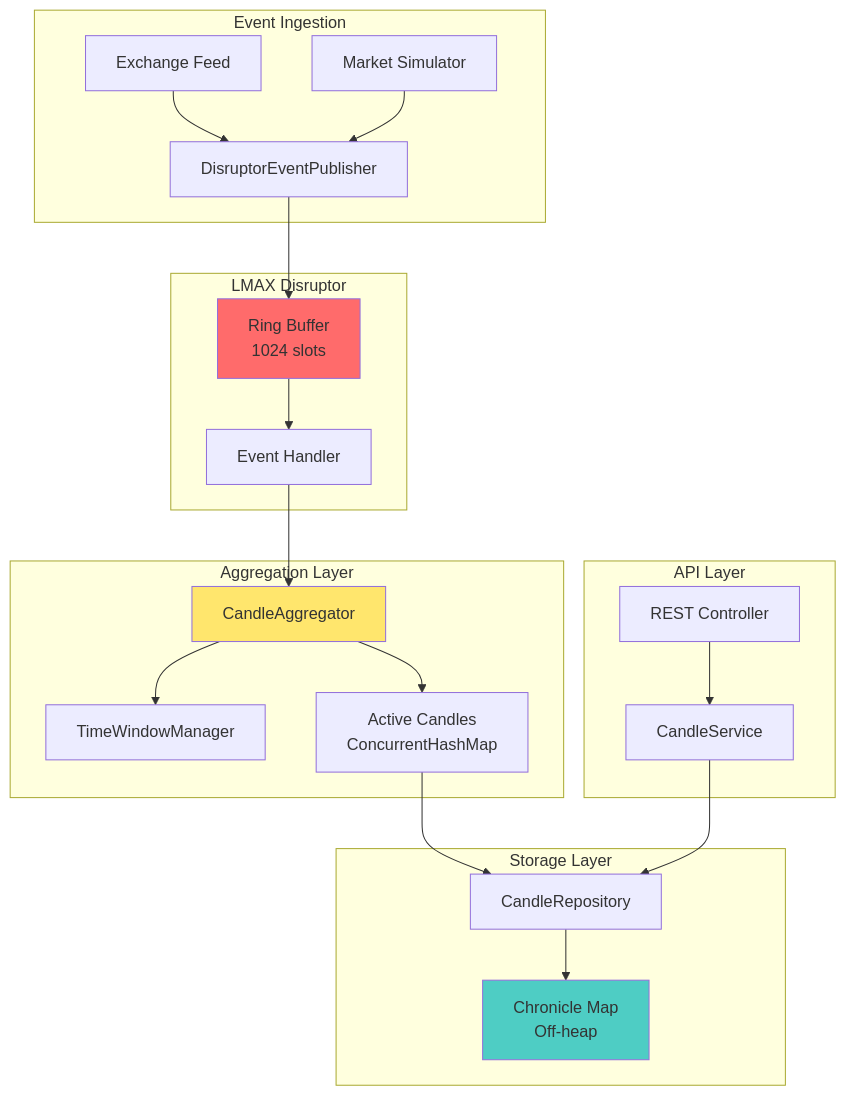
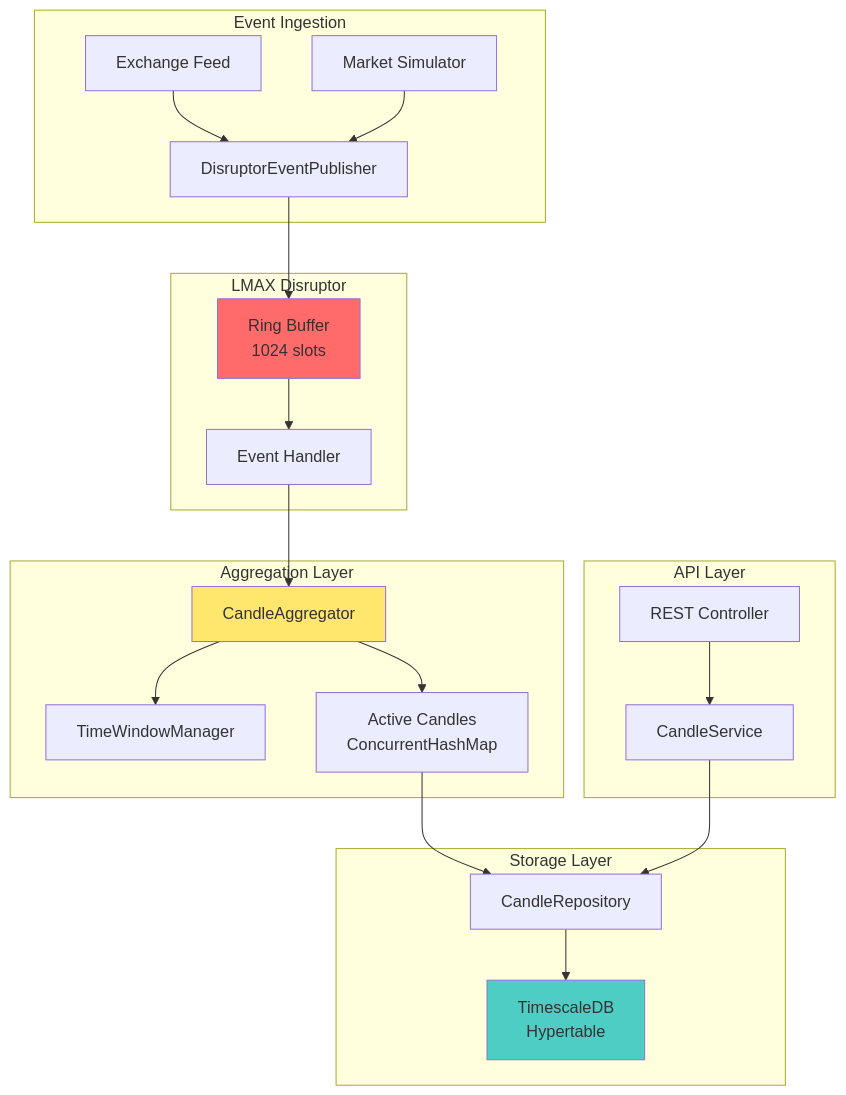
Before and after one commit to 0xkanth/candle-aggregation-service: the first of 9 diagrams in README.md, drawn with Mermaid. The commit also changed other lines of this file and 26 other files, not shown here.

Commit message:
doc: remove references of chronicleMap and update references to timescale db (#1)

````diff
--- a/README.md
+++ b/README.md
@@ -88,45 +73,45 @@
 ```mermaid
 graph TB
     subgraph "Event Ingestion"
         EX[Exchange Feed]
         SIM[Market Simulator]
         PUB[DisruptorEventPublisher]
     end
     
     subgraph "LMAX Disruptor"
         RB[Ring Buffer<br/>1024 slots]
         EH[Event Handler]
     end
     
     subgraph "Aggregation Layer"
         AGG[CandleAggregator]
         TWM[TimeWindowManager]
         AC[Active Candles<br/>ConcurrentHashMap]
     end
     
     subgraph "Storage Layer"
-        CM[Chronicle Map<br/>Off-heap]
+        TS[TimescaleDB<br/>Hypertable]
         REPO[CandleRepository]
     end
     
     subgraph "API Layer"
         REST[REST Controller]
         SVC[CandleService]
     end
     
     EX --> PUB
     SIM --> PUB
     PUB --> RB
     RB --> EH
     EH --> AGG
     AGG --> TWM
     AGG --> AC
     AC --> REPO
-    REPO --> CM
+    REPO --> TS
     REST --> SVC
     SVC --> REPO
     
     style RB fill:#ff6b6b
-    style CM fill:#4ecdc4
+    style TS fill:#4ecdc4
     style AGG fill:#ffe66d
 ```
````
